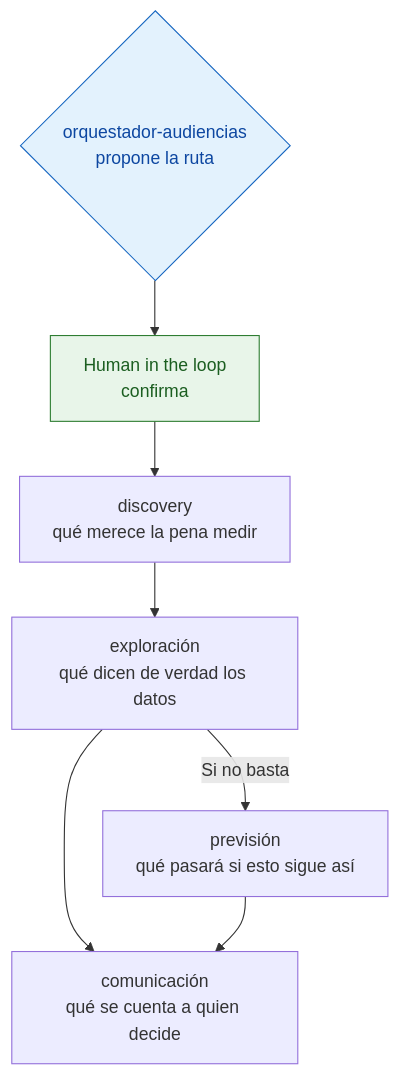
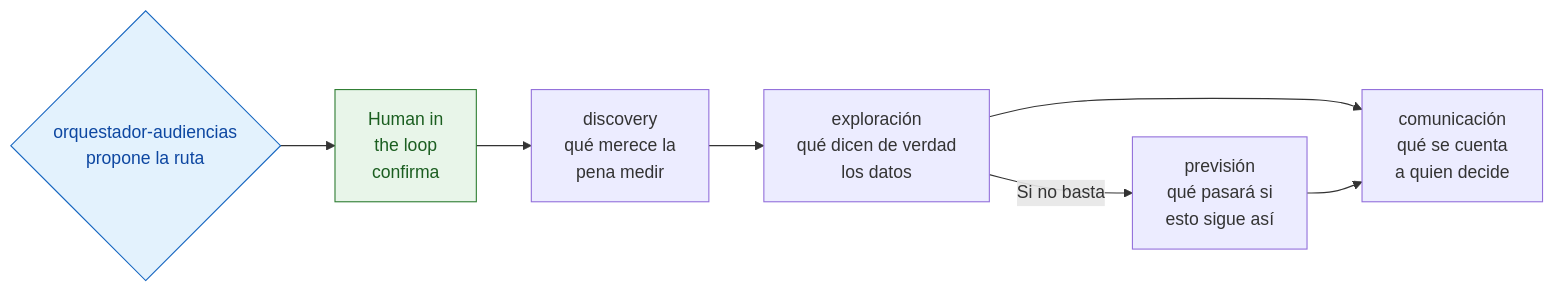
Before and after one commit to jleonceo/audience-analyst-swarm: the diagram in README.md, drawn with Mermaid. The commit also changed 1 other file, not shown here.

Commit message:
Esquema: pasa a horizontal para que ocupe menos de una pantalla
Iba de arriba abajo y ocupaba más de 1.000 píxeles de alto. Ahora va de
izquierda a derecha, con los pasos agrupados en columnas. El contenido de
las cajas es el mismo.

````diff
--- a/README.md
+++ b/README.md
@@ -28,11 +28,11 @@
 ```mermaid
-flowchart TD
-    O{orquestador-audiencias<br/>propone la ruta} --> H[Human in the loop<br/>confirma]
-    H --> D[discovery<br/>qué merece la pena medir]
-    D --> E[exploración<br/>qué dicen de verdad los datos]
-    E -->|Si no basta| P[previsión<br/>qué pasará si esto sigue así]
-    E --> C[comunicación<br/>qué se cuenta a quien decide]
+flowchart LR
+    O{orquestador-audiencias<br/>propone la ruta} --> H[Human in<br/>the loop<br/>confirma]
+    H --> D[discovery<br/>qué merece la<br/>pena medir]
+    D --> E[exploración<br/>qué dicen de verdad<br/>los datos]
+    E -->|Si no basta| P[previsión<br/>qué pasará si<br/>esto sigue así]
+    E --> C[comunicación<br/>qué se cuenta<br/>a quien decide]
     P --> C
     style O fill:#e3f2fd,stroke:#1565c0,color:#0d47a1
     style H fill:#e8f5e9,stroke:#2e7d32,color:#1b5e20
 ```
````
